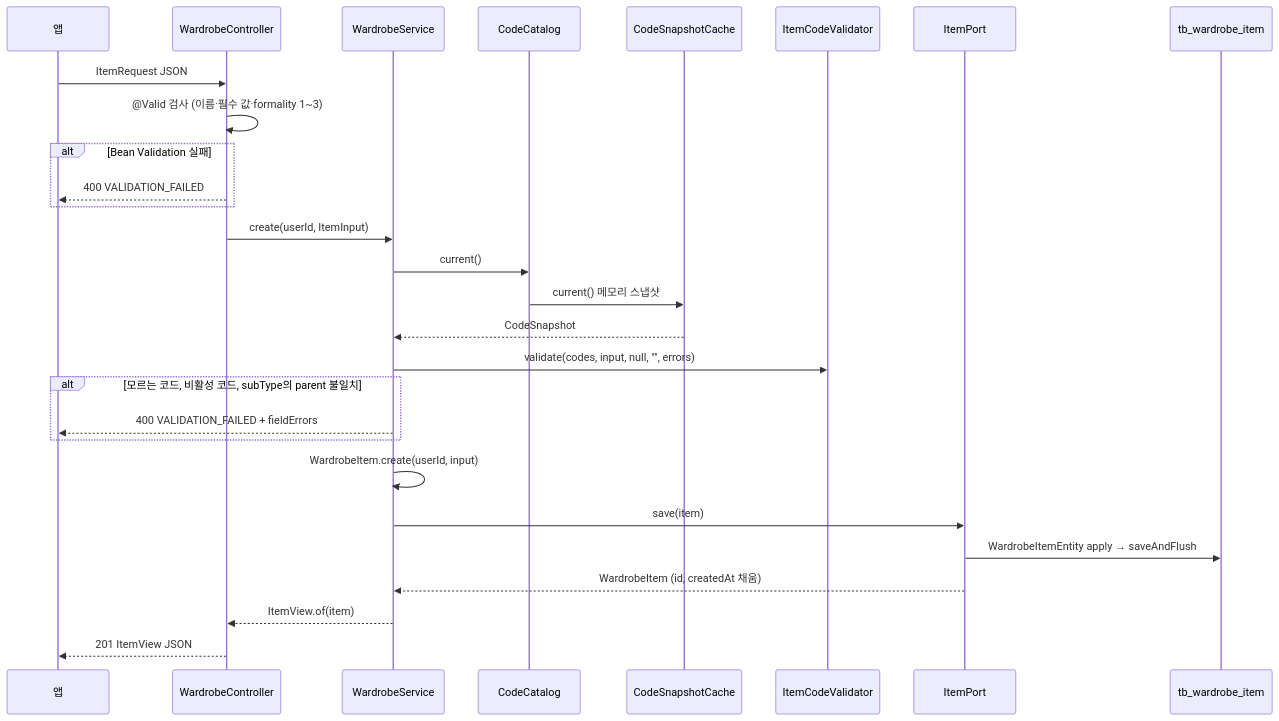
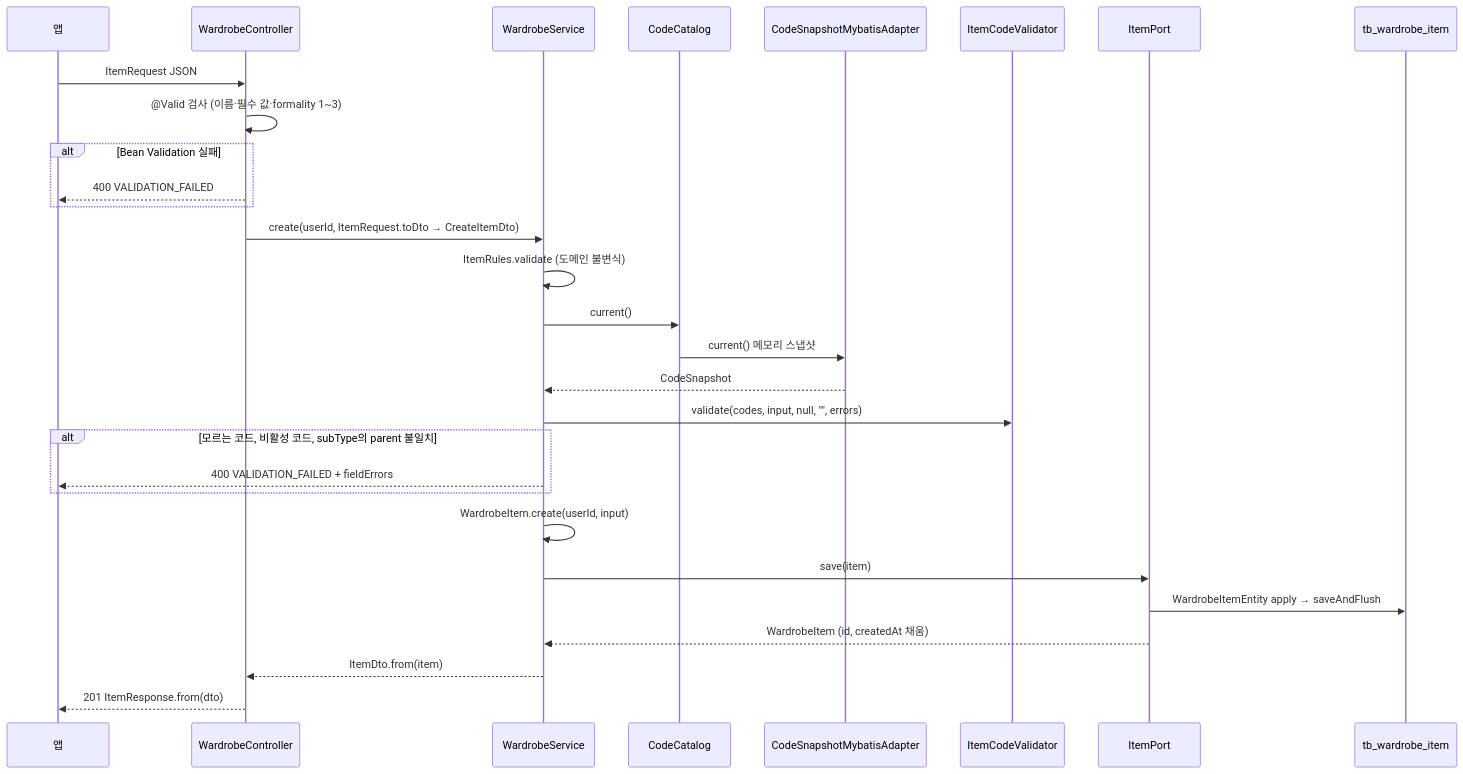
One commit to showzone83/wearly changed the fifth of 10 diagrams in doc/10_백엔드_흐름.md. Above: the diagram before and after it, drawn with Mermaid. The commit also changed other lines of this file and 2 other files, not shown here.

````diff
--- a/doc/10_백엔드_흐름.md
+++ b/doc/10_백엔드_흐름.md
@@ -280,31 +291,32 @@
 ```mermaid
 sequenceDiagram
   participant C as 앱
   participant WC as WardrobeController
   participant WS as WardrobeService
   participant CC as CodeCatalog
-  participant SC as CodeSnapshotCache
+  participant SC as CodeSnapshotMybatisAdapter
   participant IV as ItemCodeValidator
   participant IP as ItemPort
   participant DB as tb_wardrobe_item
 
   C->>WC: ItemRequest JSON
   WC->>WC: @Valid 검사 (이름·필수 값·formality 1~3)
   alt Bean Validation 실패
     WC-->>C: 400 VALIDATION_FAILED
   end
-  WC->>WS: create(userId, ItemInput)
+  WC->>WS: create(userId, ItemRequest.toDto → CreateItemDto)
+  WS->>WS: ItemRules.validate (도메인 불변식)
   WS->>CC: current()
   CC->>SC: current() 메모리 스냅샷
   SC-->>WS: CodeSnapshot
   WS->>IV: validate(codes, input, null, "", errors)
   alt 모르는 코드, 비활성 코드, subType의 parent 불일치
     WS-->>C: 400 VALIDATION_FAILED + fieldErrors
   end
   WS->>WS: WardrobeItem.create(userId, input)
   WS->>IP: save(item)
   IP->>DB: WardrobeItemEntity apply → saveAndFlush
   IP-->>WS: WardrobeItem (id, createdAt 채움)
-  WS-->>WC: ItemView.of(item)
-  WC-->>C: 201 ItemView JSON
+  WS-->>WC: ItemDto.from(item)
+  WC-->>C: 201 ItemResponse.from(dto)
 ```
````
